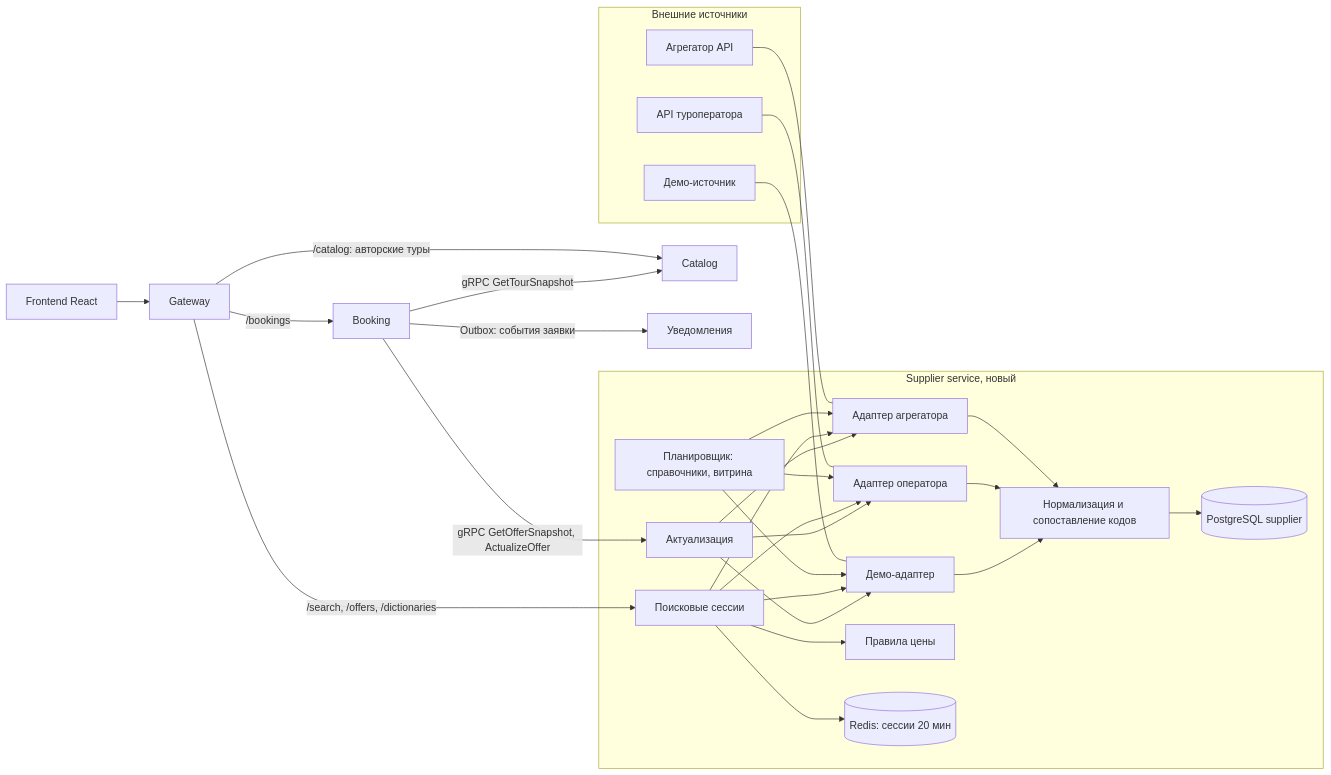
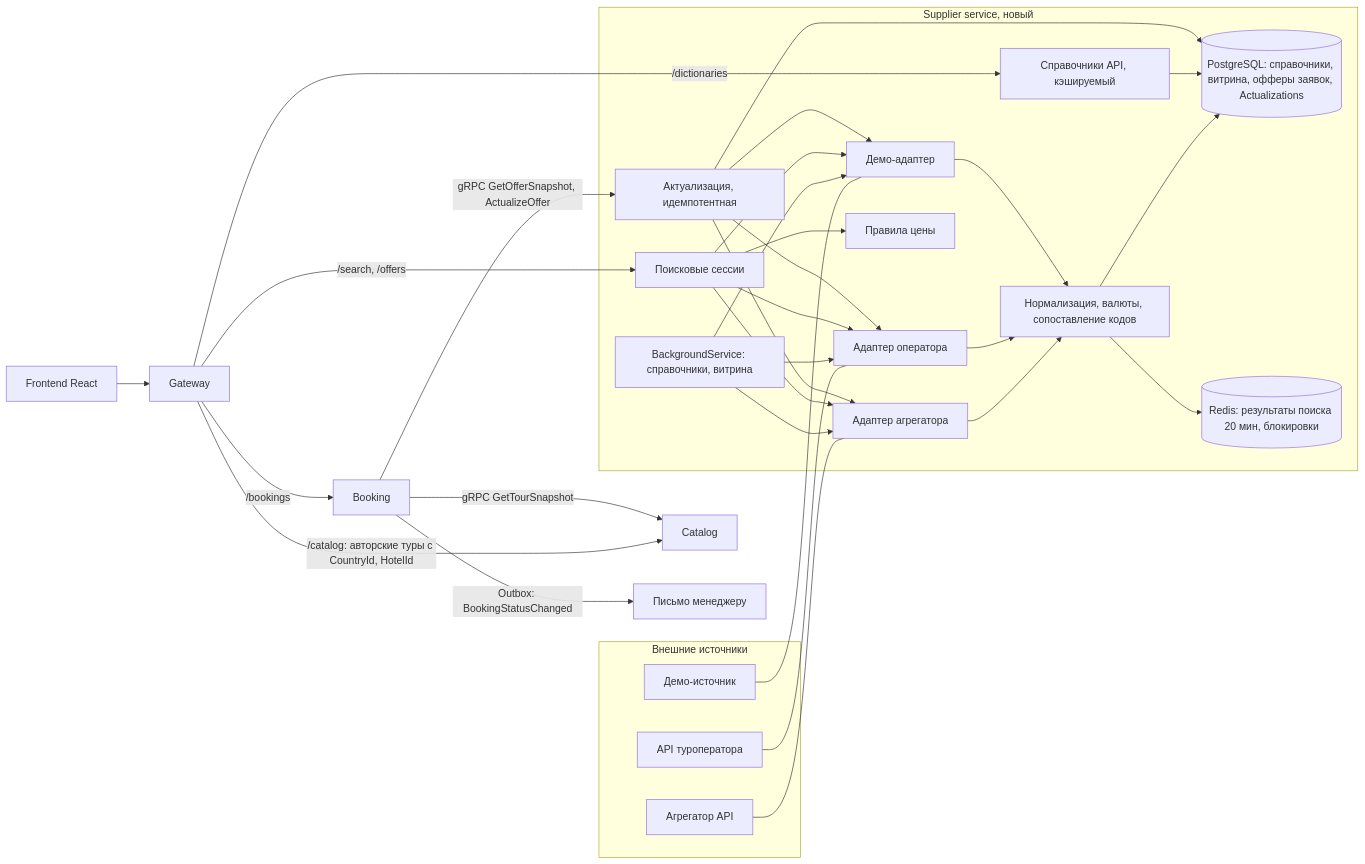
The second of 6 diagrams in docs/product/tz-tour-aggregation.md (PlutoGr/TravelAgency), drawn with Mermaid before and after one commit. The commit also changed other lines of this file, not shown here.

````diff
--- a/docs/product/tz-tour-aggregation.md
+++ b/docs/product/tz-tour-aggregation.md
@@ -287,40 +374,45 @@
 ```mermaid
 flowchart LR
     subgraph Ext[Внешние источники]
         AGG[Агрегатор API]
         OP1[API туроператора]
         DEMO[Демо-источник]
     end
 
     subgraph Supplier[Supplier service, новый]
         AD1[Адаптер агрегатора]
         AD2[Адаптер оператора]
         AD3[Демо-адаптер]
-        NORM[Нормализация и сопоставление кодов]
-        SCH[Планировщик: справочники, витрина]
+        NORM[Нормализация, валюты, сопоставление кодов]
+        SCH[BackgroundService: справочники, витрина]
         SRCH[Поисковые сессии]
-        ACT[Актуализация]
+        DICT[Справочники API, кэшируемый]
+        ACT[Актуализация, идемпотентная]
         PRICE[Правила цены]
-        SDB[(PostgreSQL supplier)]
-        RDS[(Redis: сессии 20 мин)]
+        SDB[(PostgreSQL: справочники, витрина, офферы заявок, Actualizations)]
+        RDS[(Redis: результаты поиска 20 мин, блокировки)]
     end
 
     FE[Frontend React] --> GW[Gateway]
-    GW -->|/search, /offers, /dictionaries| SRCH
-    GW -->|/catalog: авторские туры| CAT[Catalog]
+    GW -->|/search, /offers| SRCH
+    GW -->|/dictionaries| DICT
+    GW -->|/catalog: авторские туры с CountryId, HotelId| CAT[Catalog]
     GW -->|/bookings| BK[Booking]
 
     AGG --- AD1
     OP1 --- AD2
     DEMO --- AD3
-    AD1 & AD2 & AD3 --> NORM --> SDB
+    AD1 & AD2 & AD3 --> NORM
+    NORM --> SDB
+    NORM --> RDS
     SCH --> AD1 & AD2 & AD3
     SRCH --> AD1 & AD2 & AD3
-    SRCH --> RDS
     SRCH --> PRICE
+    DICT --> SDB
     ACT --> AD1 & AD2 & AD3
+    ACT --> SDB
 
     BK -->|gRPC GetOfferSnapshot, ActualizeOffer| ACT
     BK -->|gRPC GetTourSnapshot| CAT
-    BK -->|Outbox: события заявки| NTF[Уведомления]
+    BK -->|Outbox: BookingStatusChanged| MAIL[Письмо менеджеру]
 ```
````
